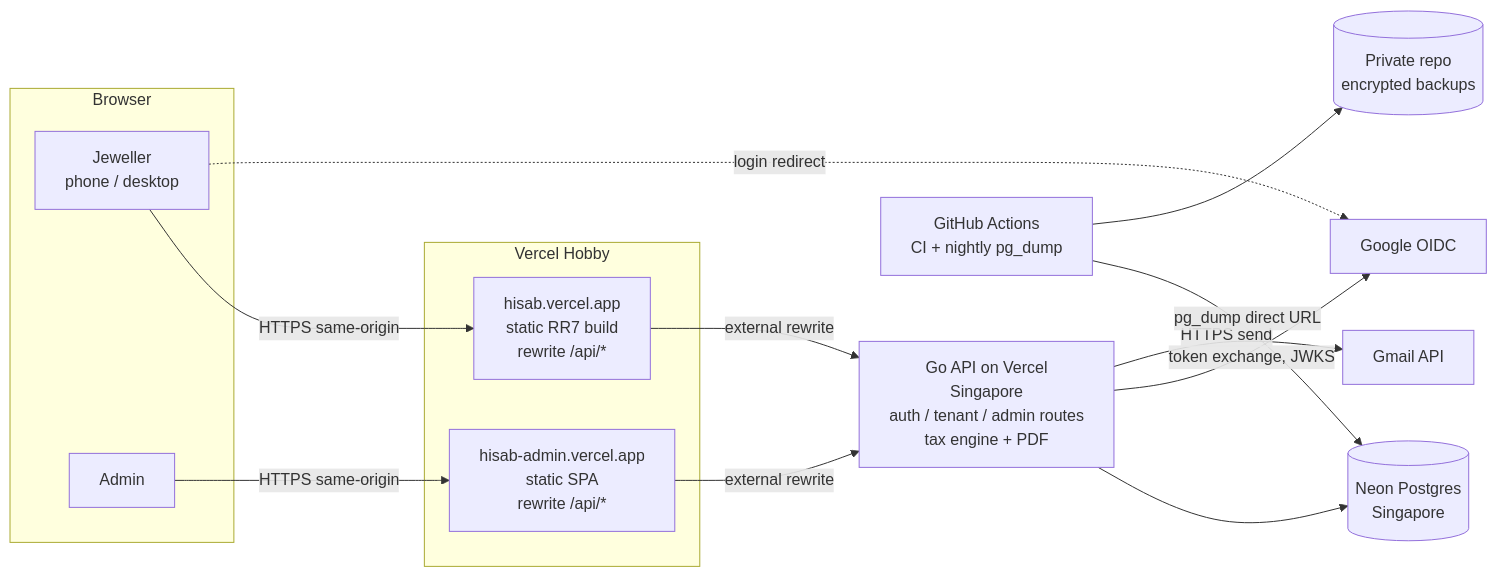
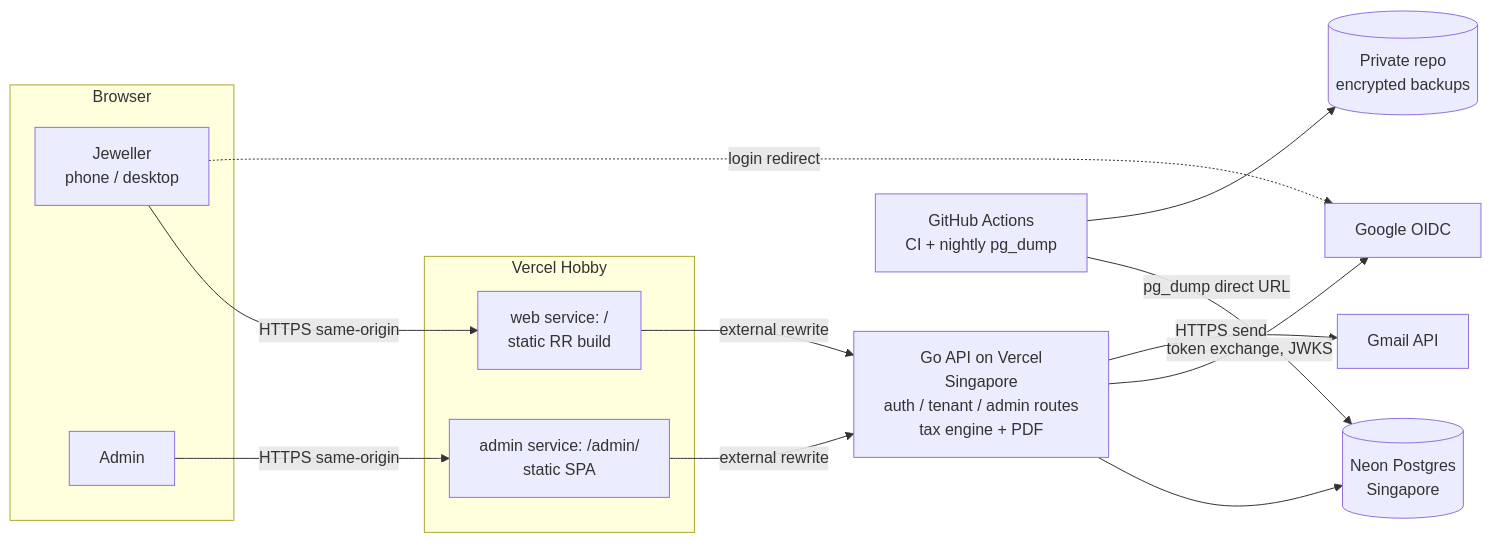
One commit to vansh-commits/Hisab changed the first of 2 diagrams in docs/architecture.md. Above: the diagram before and after it, drawn with Mermaid. The commit also changed other lines of this file and 8 other files, not shown here.

````diff
--- a/docs/architecture.md
+++ b/docs/architecture.md
@@ -95,30 +94,30 @@
 ```mermaid
 flowchart LR
   subgraph Browser
     J[Jeweller<br/>phone / desktop]
     A[Admin]
   end
 
   subgraph Vercel[Vercel Hobby]
-    WEB[hisab.vercel.app<br/>static RR7 build<br/>rewrite /api/* ]
-    ADM[hisab-admin.vercel.app<br/>static SPA<br/>rewrite /api/*]
+    WEB[web service: /<br/>static RR build]
+    ADM[admin service: /admin/<br/>static SPA]
   end
 
   API[Go API on Vercel<br/>Singapore<br/>auth / tenant / admin routes<br/>tax engine + PDF]
   NEON[(Neon Postgres<br/>Singapore)]
   G[Google OIDC]
   GM[Gmail API]
   GH[GitHub Actions<br/>CI + nightly pg_dump]
   BK[(Private repo<br/>encrypted backups)]
 
   J -- HTTPS same-origin --> WEB
   A -- HTTPS same-origin --> ADM
   WEB -- external rewrite --> API
   ADM -- external rewrite --> API
   API --> NEON
   API -- token exchange, JWKS --> G
   J -. login redirect .-> G
   API -- HTTPS send --> GM
   GH -- pg_dump direct URL --> NEON
   GH --> BK
 ```
````
